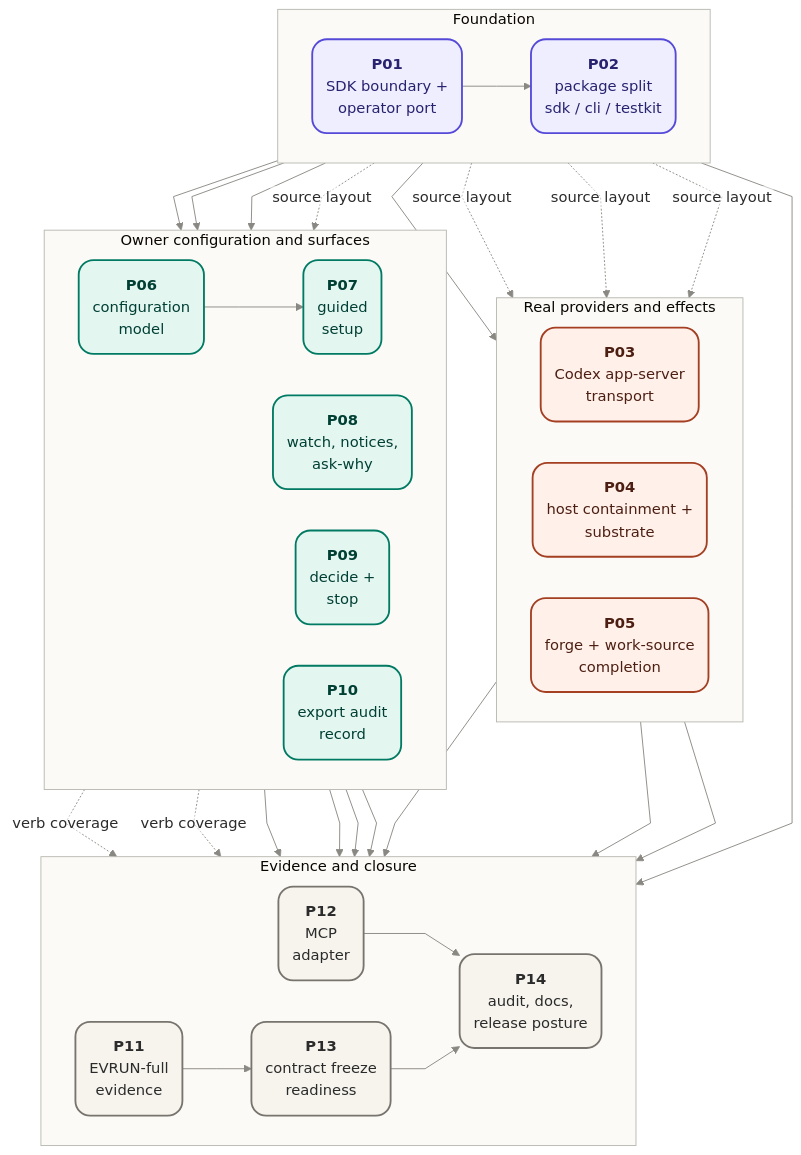
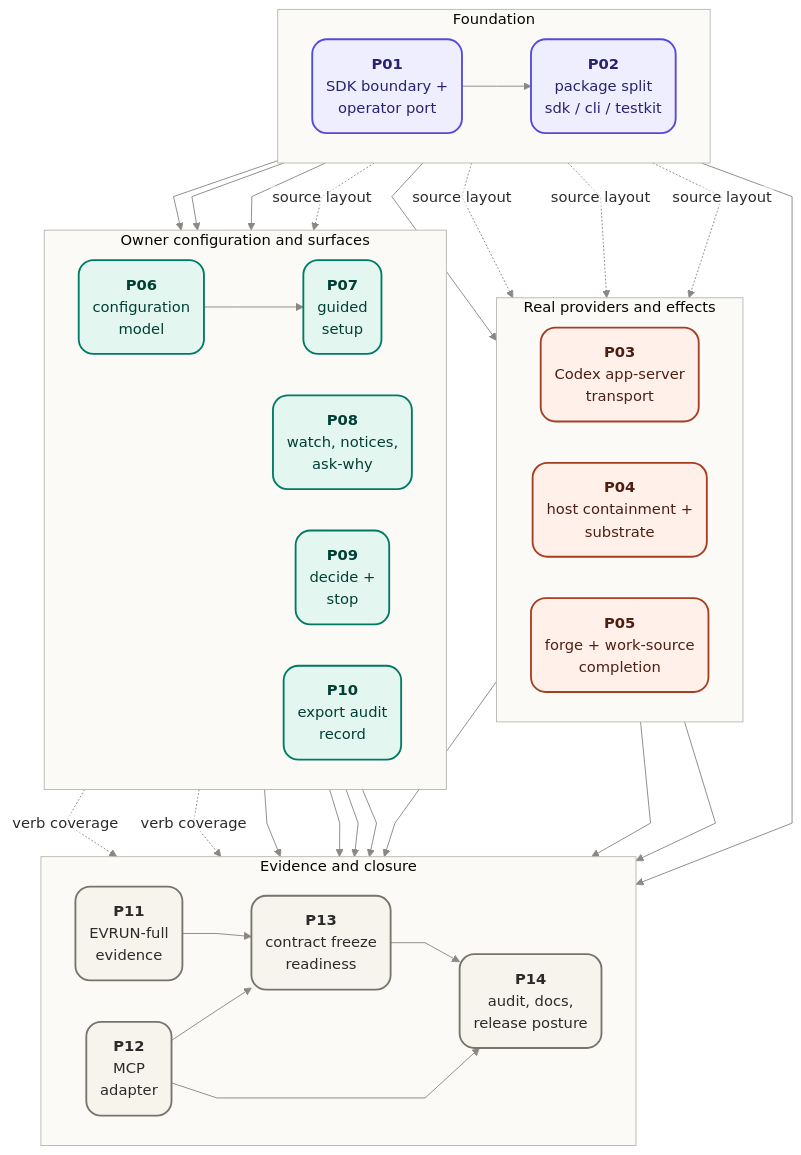
Before and after one commit to agentic-workflow-kit/jig: the diagram in docs/delivery/target-state-implementation/README.md, drawn with Mermaid. The commit also changed other lines of this file and 6 other files, not shown here.

```diff
--- a/docs/delivery/target-state-implementation/README.md
+++ b/docs/delivery/target-state-implementation/README.md
@@ -226,6 +227,7 @@
   P04 --> P11
   P06 --> P07
   P11 --> P13
+  P12 --> P13
 
   P02 -.->|source layout| P03
   P02 -.->|source layout| P04
```
